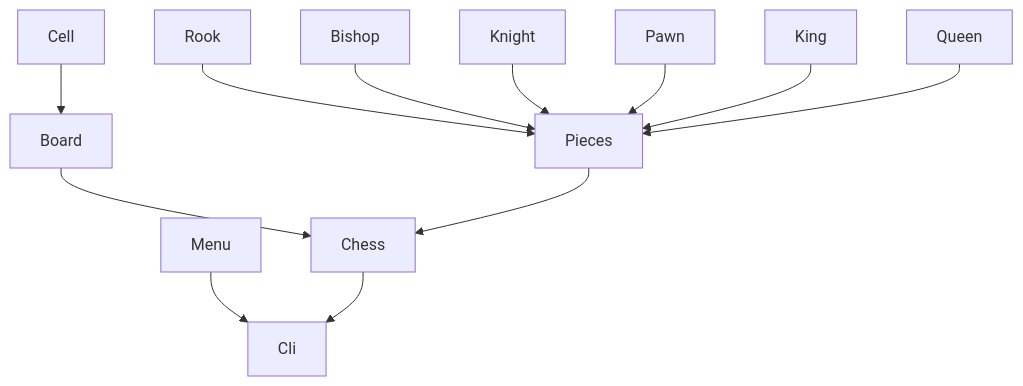
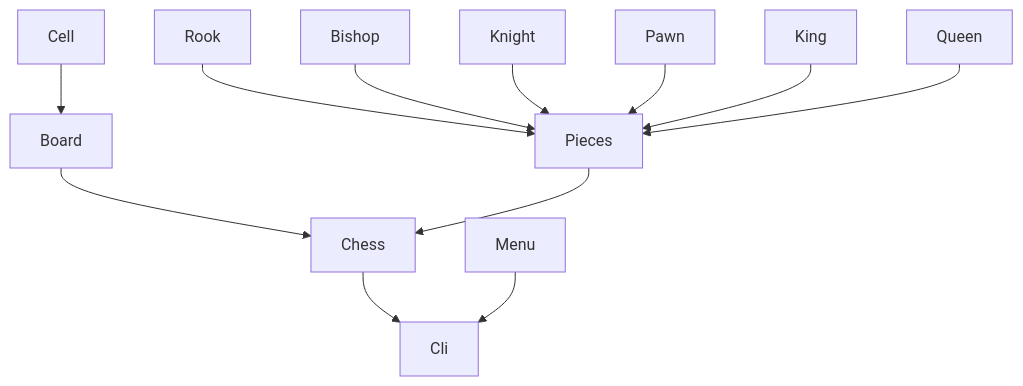
The diagram in README.md (um-computacion-tm/ajedrez-2024-AugustoGiuffrida), drawn with Mermaid before and after one commit. The commit also changed other lines of this file, not shown here.

````diff
--- a/README.md
+++ b/README.md
@@ -10,14 +40,14 @@
 ```mermaid
 graph TD;
-    Menu-->Cli;
     Chess-->Cli;
     Board-->Chess;
     Pieces-->Chess;
     Cell-->Board;
     Rook-->Pieces;
     Bishop-->Pieces;
     Knight-->Pieces;
     Pawn-->Pieces;
     King-->Pieces;
     Queen-->Pieces;
+    Menu-->Cli;
 ```
````
